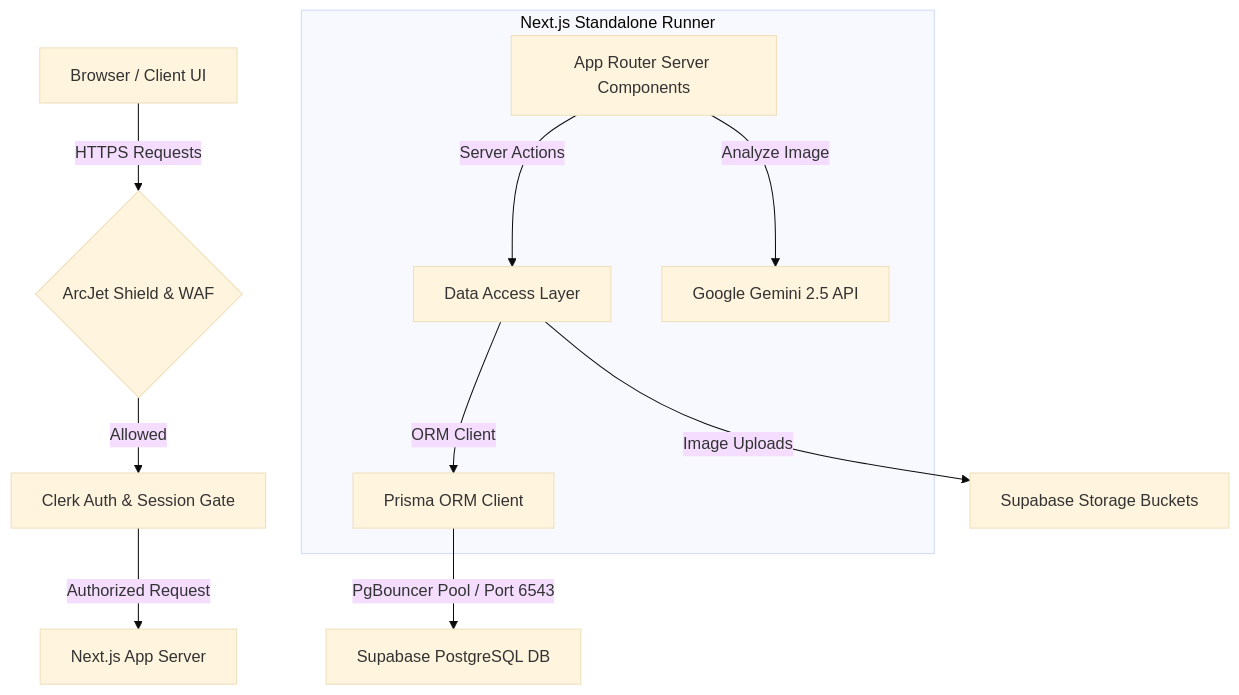
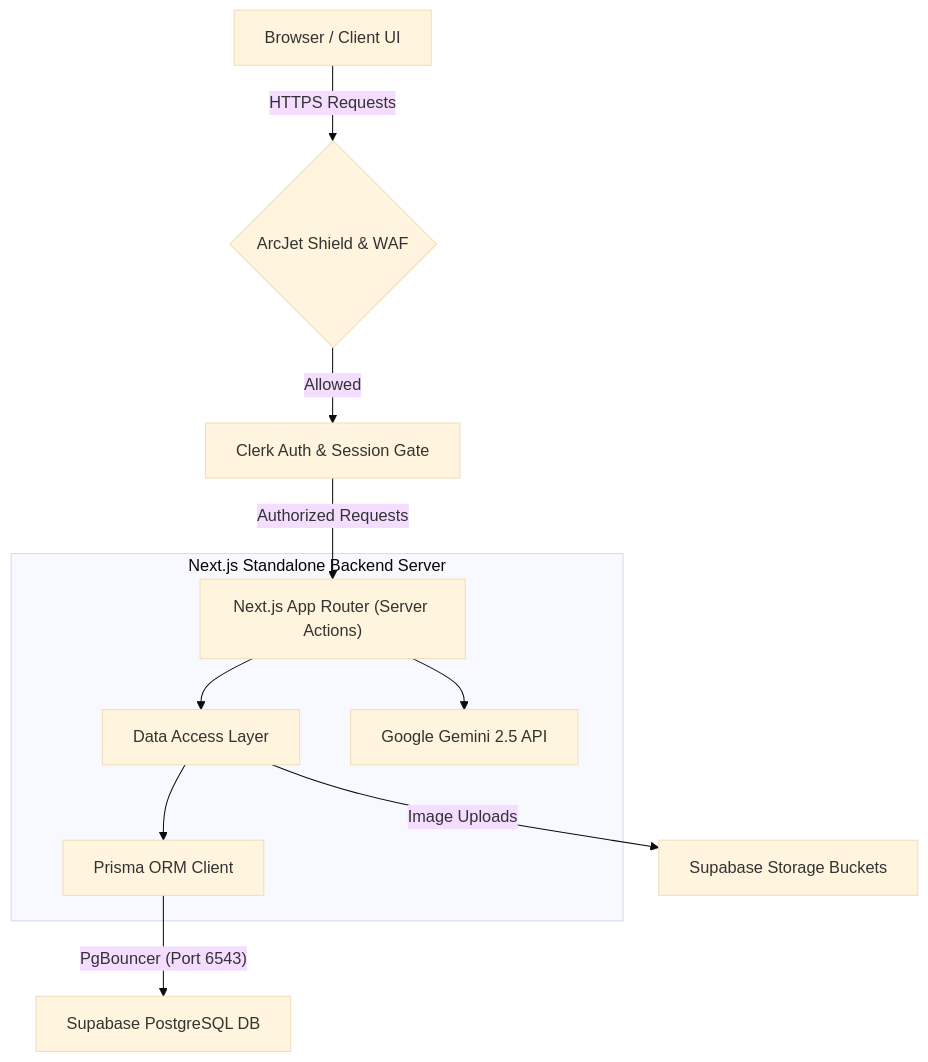
The diagram in README.md (DevRony04/vehiql), drawn with Mermaid (base theme) before and after one commit.

Commit message:
docs(readme): fix mermaid flowchart syntax to resolve Github rendering error

````diff
--- a/README.md
+++ b/README.md
@@ -27,15 +27,15 @@
 ```mermaid
 flowchart TD
-    Client[Browser / Client UI] -->|HTTPS Requests| ArcJet{ArcJet Shield & WAF}
-    ArcJet -->|Allowed| Clerk[Clerk Auth & Session Gate]
-    Clerk -->|Authorized Request| NextJS[Next.js App Server]
+    Client["Browser / Client UI"] -->|"HTTPS Requests"| ArcJet{"ArcJet Shield & WAF"}
+    ArcJet -->|"Allowed"| Clerk["Clerk Auth & Session Gate"]
+    Clerk -->|"Authorized Requests"| App["Next.js App Router (Server Actions)"]
     
-    subgraph NextJS Backend [Next.js Standalone Runner]
-        App[App Router Server Components] -->|Server Actions| Lib[Data Access Layer]
-        Lib -->|ORM Client| Prisma[Prisma ORM Client]
-        App -->|Analyze Image| Gemini[Google Gemini 2.5 API]
+    subgraph NextJS ["Next.js Standalone Backend Server"]
+        App --> Lib["Data Access Layer"]
+        Lib --> Prisma["Prisma ORM Client"]
+        App --> Gemini["Google Gemini 2.5 API"]
     end
     
-    Prisma -->|PgBouncer Pool / Port 6543| Supabase[Supabase PostgreSQL DB]
-    Lib -->|Image Uploads| Storage[Supabase Storage Buckets]
+    Prisma -->|"PgBouncer (Port 6543)"| Supabase["Supabase PostgreSQL DB"]
+    Lib -->|"Image Uploads"| Storage["Supabase Storage Buckets"]
 ```
````
